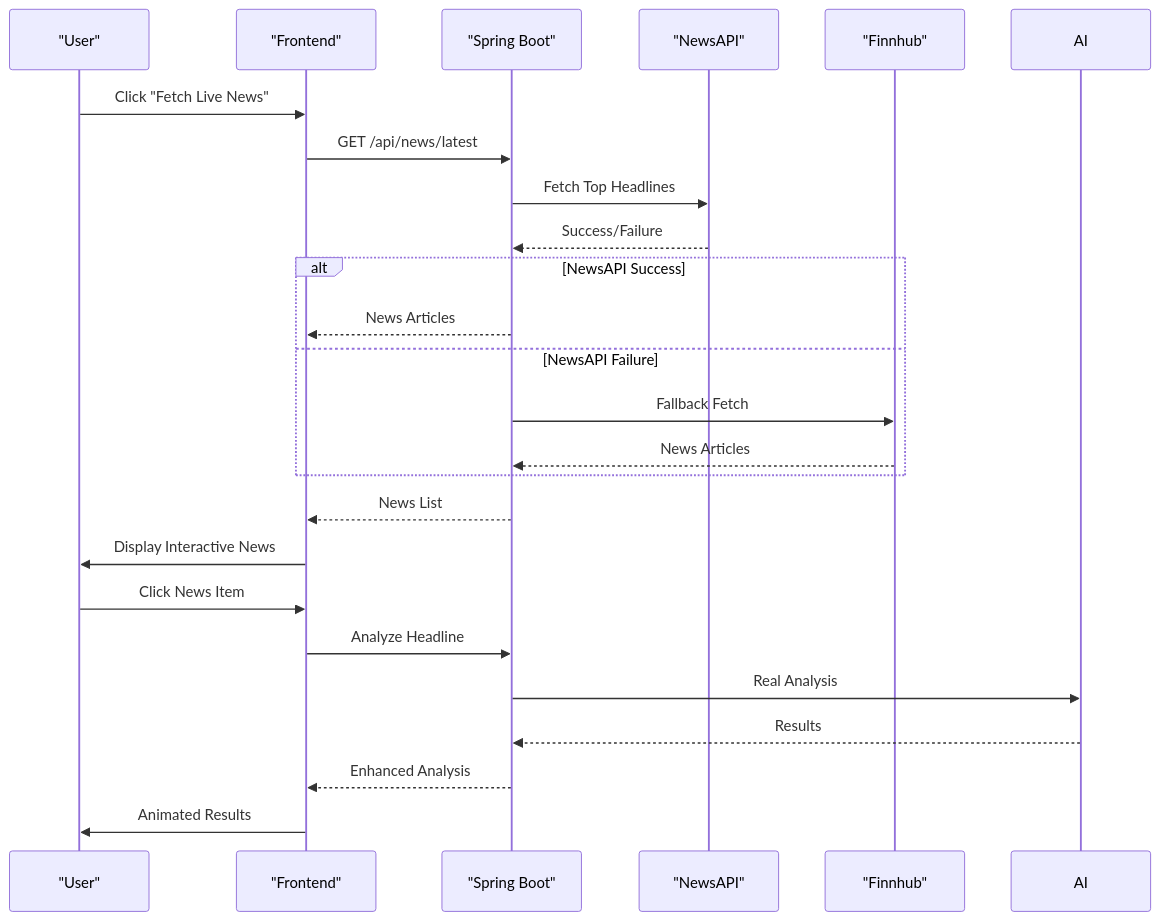
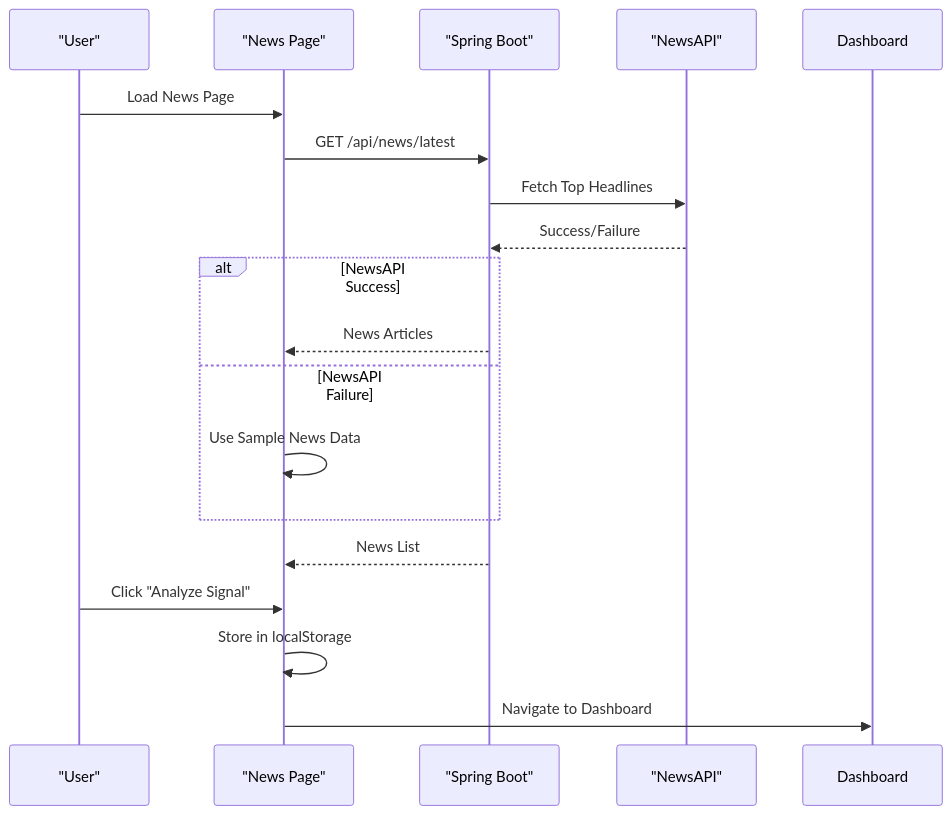
Before and after one commit to ayushtiwari1526/TheReinforcers_AyushTiwari: the fourth of 6 diagrams in .qoder/repowiki/en/content/JavaScript Implementation.md, drawn with Mermaid. The commit also changed other lines of this file and 16 other files, not shown here.

````diff
--- a/.qoder/repowiki/en/content/JavaScript Implementation.md
+++ b/.qoder/repowiki/en/content/JavaScript Implementation.md
@@ -220,26 +213,20 @@
 ```mermaid
 sequenceDiagram
 participant User as "User"
-participant Frontend as "Frontend"
+participant NewsPage as "News Page"
 participant Backend as "Spring Boot"
 participant NewsAPI as "NewsAPI"
-participant Finnhub as "Finnhub"
-User->>Frontend : Click "Fetch Live News"
-Frontend->>Backend : GET /api/news/latest
+User->>NewsPage : Load News Page
+NewsPage->>Backend : GET /api/news/latest
 Backend->>NewsAPI : Fetch Top Headlines
 NewsAPI-->>Backend : Success/Failure
 alt NewsAPI Success
-Backend-->>Frontend : News Articles
+Backend-->>NewsPage : News Articles
 else NewsAPI Failure
-Backend->>Finnhub : Fallback Fetch
-Finnhub-->>Backend : News Articles
+NewsPage->>NewsPage : Use Sample News Data
 end
-Backend-->>Frontend : News List
-Frontend->>User : Display Interactive News
-User->>Frontend : Click News Item
-Frontend->>Backend : Analyze Headline
-Backend->>AI : Real Analysis
-AI-->>Backend : Results
-Backend-->>Frontend : Enhanced Analysis
-Frontend->>User : Animated Results
+Backend-->>NewsPage : News List
+User->>NewsPage : Click "Analyze Signal"
+NewsPage->>NewsPage : Store in localStorage
+NewsPage->>Dashboard : Navigate to Dashboard
 ```
````
